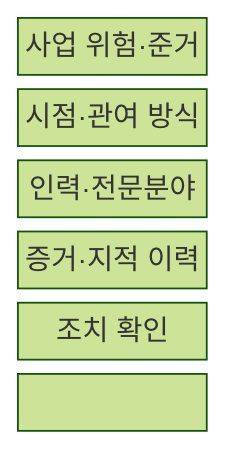
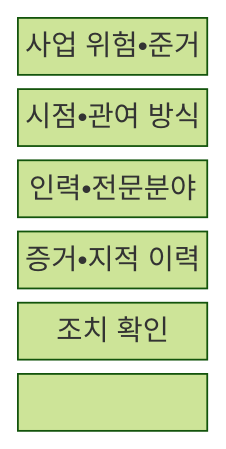
Before and after one commit to agnusdei1207/knowledge-base: the first of 2 diagrams in src/content/docs/notes/06-evaluation/043_audit_types.md, drawn with Mermaid (forest theme). The commit also changed other lines of this file and 953 other files, not shown here.

````diff
--- a/src/content/docs/notes/06-evaluation/043_audit_types.md
+++ b/src/content/docs/notes/06-evaluation/043_audit_types.md
@@ -69,11 +69,11 @@
 ```mermaid
 block-beta
   columns 1
-  R["사업 위험·준거"]
-  T["시점·관여 방식"]
-  P["인력·전문분야"]
-  E["증거·지적 이력"]
+  R["사업 위험•준거"]
+  T["시점•관여 방식"]
+  P["인력•전문분야"]
+  E["증거•지적 이력"]
   C["조치 확인"]
   R --> T --> P
   P --> E --> C
 ```
````
